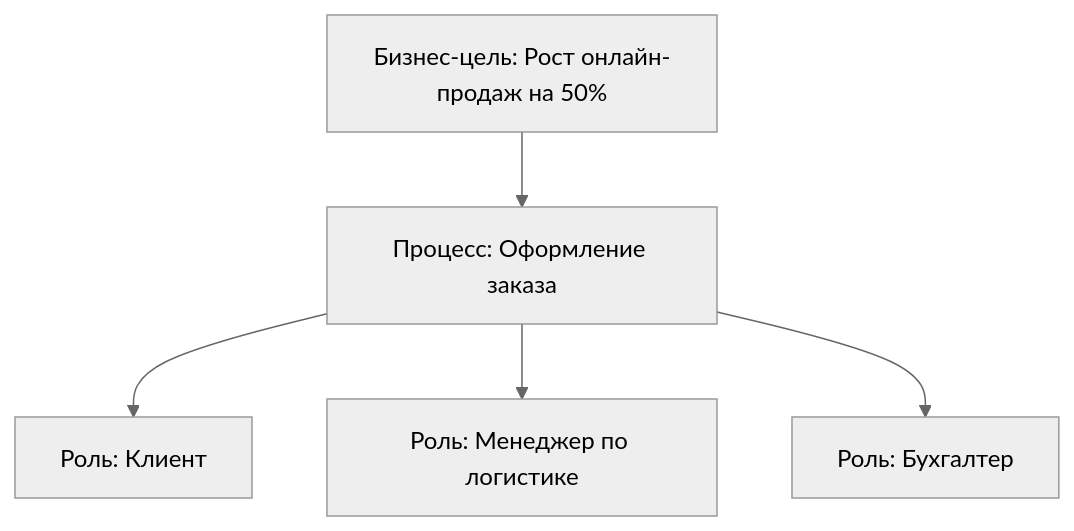
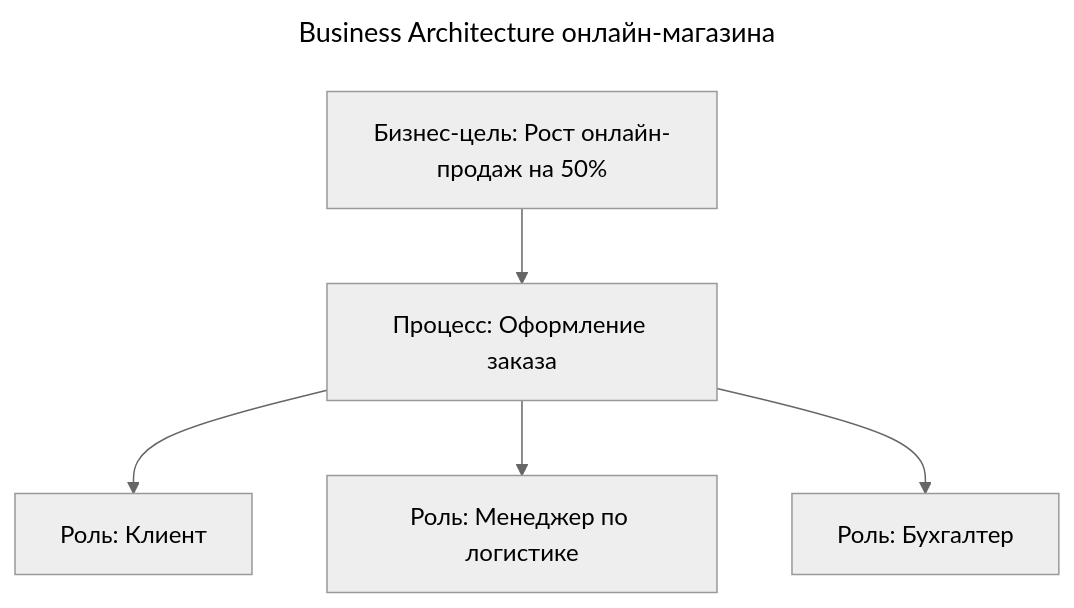
The first of 4 diagrams in software-engineer/pattern/architecture/Enterprise Architecture.md (mrtxee/enterprise-developer-almanac), drawn with Mermaid (neutral theme) before and after one commit. The commit also changed other lines of this file and 40 other files, not shown here.

````diff
--- a/software-engineer/pattern/architecture/Enterprise Architecture.md
+++ b/software-engineer/pattern/architecture/Enterprise Architecture.md
@@ -81,7 +93,10 @@
 ```mermaid
+---
+title: Business Architecture онлайн-магазина
+---
 graph TD
     A[Бизнес-цель: Рост онлайн-продаж на 50%] --> B[Процесс: Оформление заказа]
     B --> C[Роль: Клиент]
     B --> D[Роль: Менеджер по логистике]
     B --> E[Роль: Бухгалтер]
 ```
````
